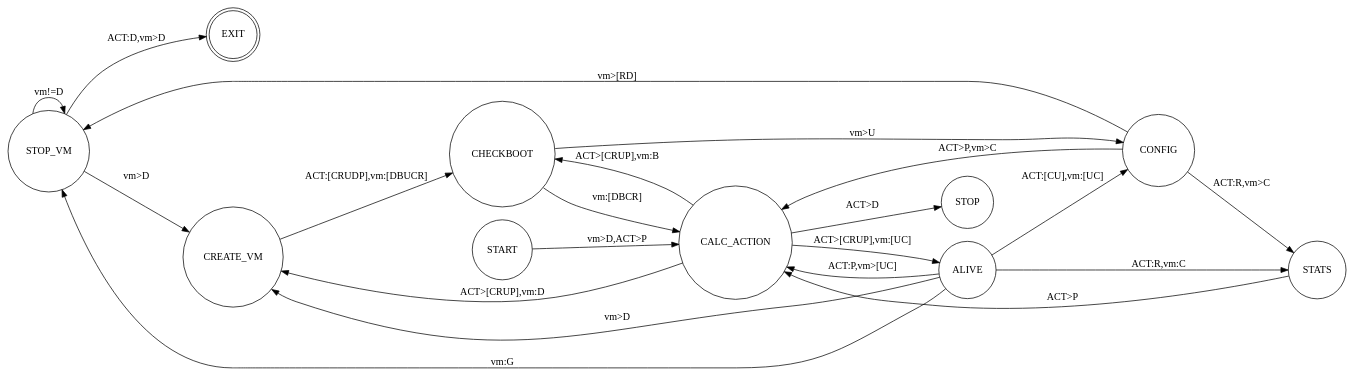
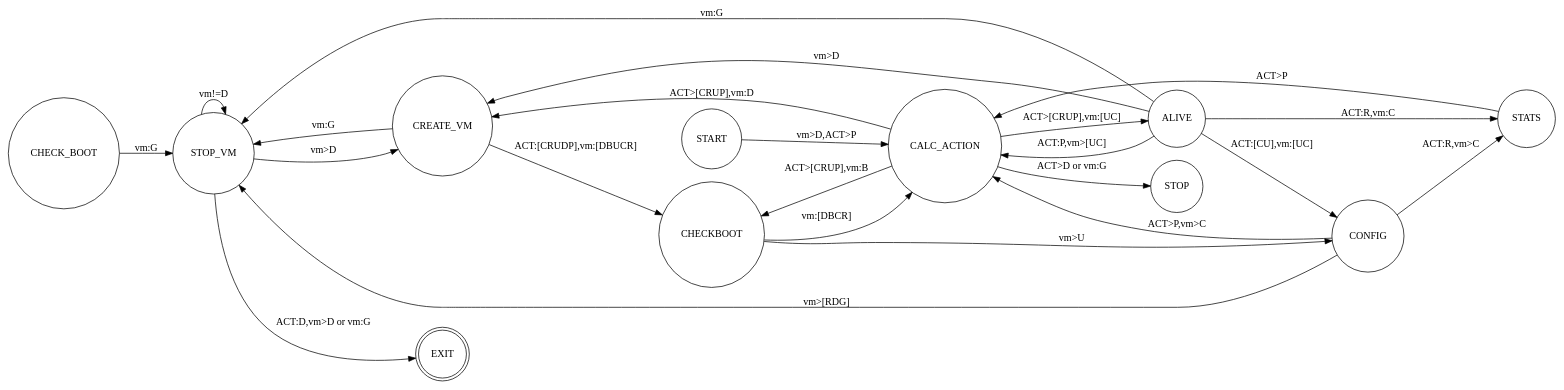
Before and after one commit to akanda/akanda-rug: the diagram in doc/source/state_machine.dot, drawn with Graphviz. The commit also changed 4 other files, not shown here.

```diff
--- a/doc/source/state_machine.dot
+++ b/doc/source/state_machine.dot
@@ -1,34 +1,36 @@
 digraph rug {
   rankdir=LR;
   node [shape = doublecircle]; EXIT;
   node [shape = circle];
 
   START -> CALC_ACTION [ label = "vm>D,ACT>P" ];
 
   CALC_ACTION -> ALIVE [ label = "ACT>[CRUP],vm:[UC]" ];
-  CALC_ACTION -> STOP [ label = "ACT>D" ];
+  CALC_ACTION -> STOP [ label = "ACT>D or vm:G" ];
   CALC_ACTION -> CREATE_VM [ label = "ACT>[CRUP],vm:D" ];
   CALC_ACTION -> CHECKBOOT [ label = "ACT>[CRUP],vm:B" ];
 
   ALIVE -> CREATE_VM [ label = "vm>D" ];
   ALIVE -> CONFIG [ label = "ACT:[CU],vm:[UC]" ];
   ALIVE -> STATS [ label = "ACT:R,vm:C" ];
   ALIVE -> CALC_ACTION [ label = "ACT:P,vm>[UC]" ];
   ALIVE -> STOP_VM [ label = "vm:G" ];
 
   CREATE_VM -> CHECKBOOT [ label = "ACT:[CRUDP],vm:[DBUCR]" ];
+  CREATE_VM -> STOP_VM [ label = "vm:G" ];
 
   CHECKBOOT -> CONFIG [ label = "vm>U" ]
   CHECKBOOT -> CALC_ACTION [ label = "vm:[DBCR]" ]
+  CHECK_BOOT -> STOP_VM [ label = "vm:G" ];
 
-  CONFIG -> STOP_VM [ label = "vm>[RD]" ];
+  CONFIG -> STOP_VM [ label = "vm>[RDG]" ];
   CONFIG -> STATS [ label = "ACT:R,vm>C" ];
   CONFIG -> CALC_ACTION [ label = "ACT>P,vm>C" ];
 
   STATS -> CALC_ACTION [ label = "ACT>P" ];
 
-  STOP_VM -> EXIT [ label = "ACT:D,vm>D" ];
+  STOP_VM -> EXIT [ label = "ACT:D,vm>D or vm:G" ];
   STOP_VM -> CREATE_VM [ label = "vm>D" ];
   STOP_VM -> STOP_VM [ label = "vm!=D" ];
 
 }
```
